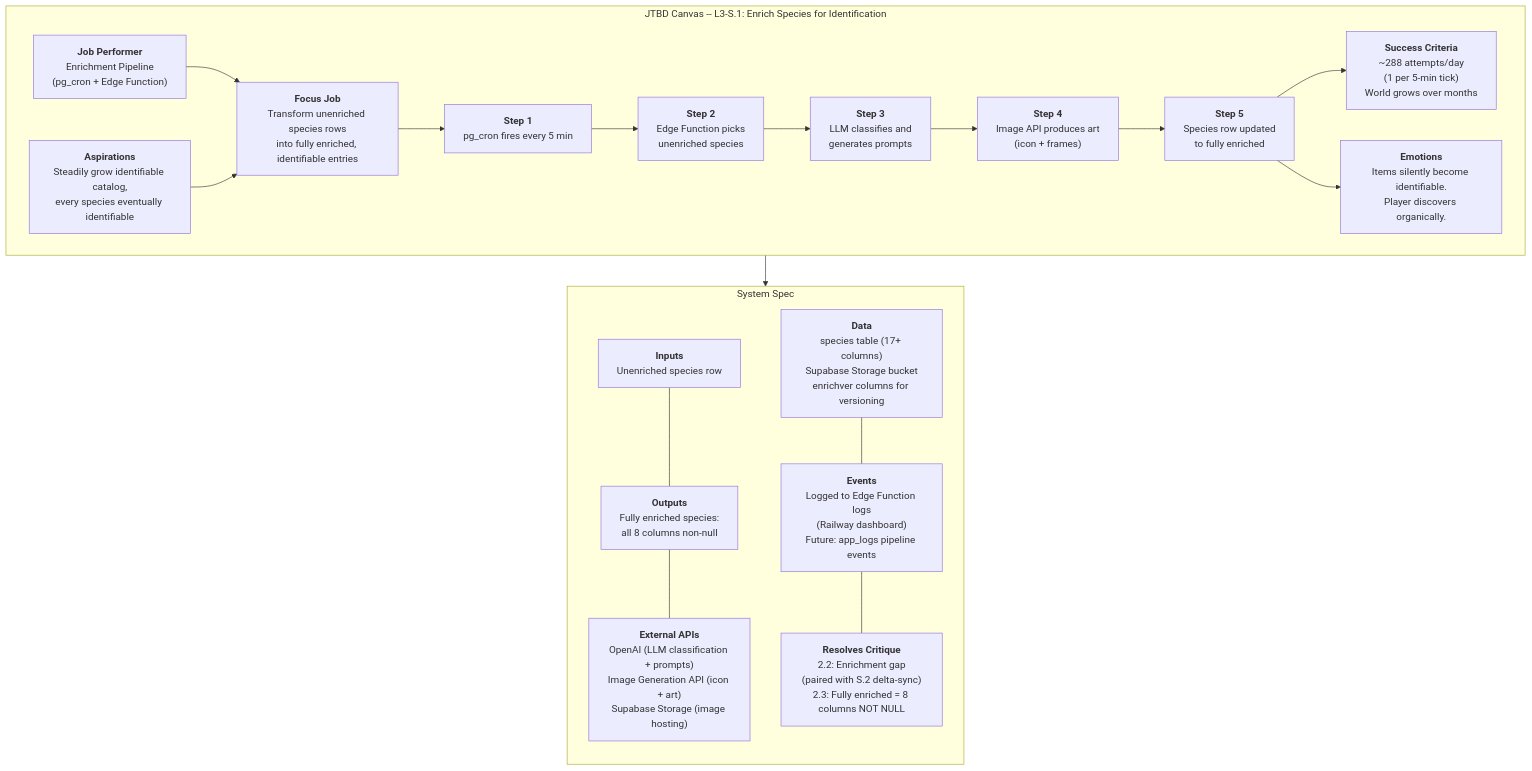
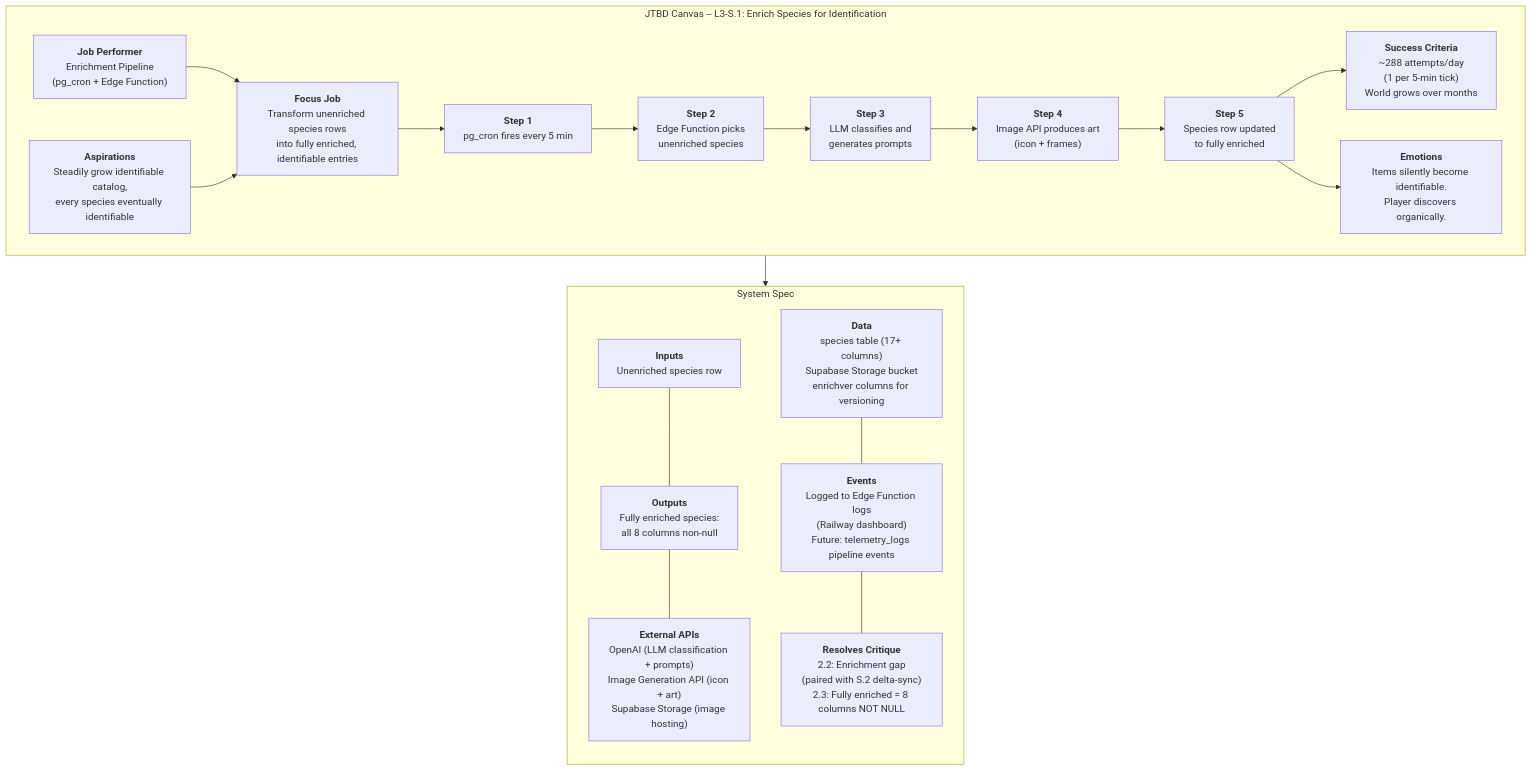
Before and after one commit to JMLegere/geo-app: the diagram in docs/diagrams/problem/s1-enrich-species.mmd, drawn with Mermaid. The commit also changed 35 other files, not shown here.

First line of the commit message:
Replace app_logs with OTel-shaped telemetry (#490)

```diff
--- a/docs/diagrams/problem/s1-enrich-species.mmd
+++ b/docs/diagrams/problem/s1-enrich-species.mmd
@@ -1,37 +1,37 @@
 %% Status: NEEDS HUMAN REVIEW
 flowchart TD
     subgraph JTBD["JTBD Canvas -- L3-S.1: Enrich Species for Identification"]
         JP["<b>Job Performer</b><br/>Enrichment Pipeline<br/>(pg_cron + Edge Function)"]
         ASP["<b>Aspirations</b><br/>Steadily grow identifiable catalog,<br/>every species eventually identifiable"]
         FJ["<b>Focus Job</b><br/>Transform unenriched species rows<br/>into fully enriched, identifiable entries"]
         S1["<b>Step 1</b><br/>pg_cron fires every 5 min"]
         S2["<b>Step 2</b><br/>Edge Function picks<br/>unenriched species"]
         S3["<b>Step 3</b><br/>LLM classifies and<br/>generates prompts"]
         S4["<b>Step 4</b><br/>Image API produces art<br/>(icon + frames)"]
         S5["<b>Step 5</b><br/>Species row updated<br/>to fully enriched"]
         SC["<b>Success Criteria</b><br/>~288 attempts/day<br/>(1 per 5-min tick)<br/>World grows over months"]
         EM["<b>Emotions</b><br/>Items silently become identifiable.<br/>Player discovers organically."]
 
         JP --> FJ
         ASP --> FJ
         FJ --> S1
         S1 --> S2 --> S3 --> S4 --> S5
         S5 --> SC
         S5 --> EM
     end
 
     subgraph SYS["System Spec"]
         direction TB
 
         IN["<b>Inputs</b><br/>Unenriched species row"]
         OUT["<b>Outputs</b><br/>Fully enriched species:<br/>all 8 columns non-null"]
         APIS["<b>External APIs</b><br/>OpenAI (LLM classification + prompts)<br/>Image Generation API (icon + art)<br/>Supabase Storage (image hosting)"]
         DATA["<b>Data</b><br/>species table (17+ columns)<br/>Supabase Storage bucket<br/>enrichver columns for versioning"]
-        EVENTS["<b>Events</b><br/>Logged to Edge Function logs<br/>(Railway dashboard)<br/>Future: app_logs pipeline events"]
+        EVENTS["<b>Events</b><br/>Logged to Edge Function logs<br/>(Railway dashboard)<br/>Future: telemetry_logs pipeline events"]
         RESOLVES["<b>Resolves Critique</b><br/>2.2: Enrichment gap<br/>(paired with S.2 delta-sync)<br/>2.3: Fully enriched = 8 columns NOT NULL"]
 
         IN --- OUT --- APIS
         DATA --- EVENTS --- RESOLVES
     end
 
     JTBD --> SYS
```
